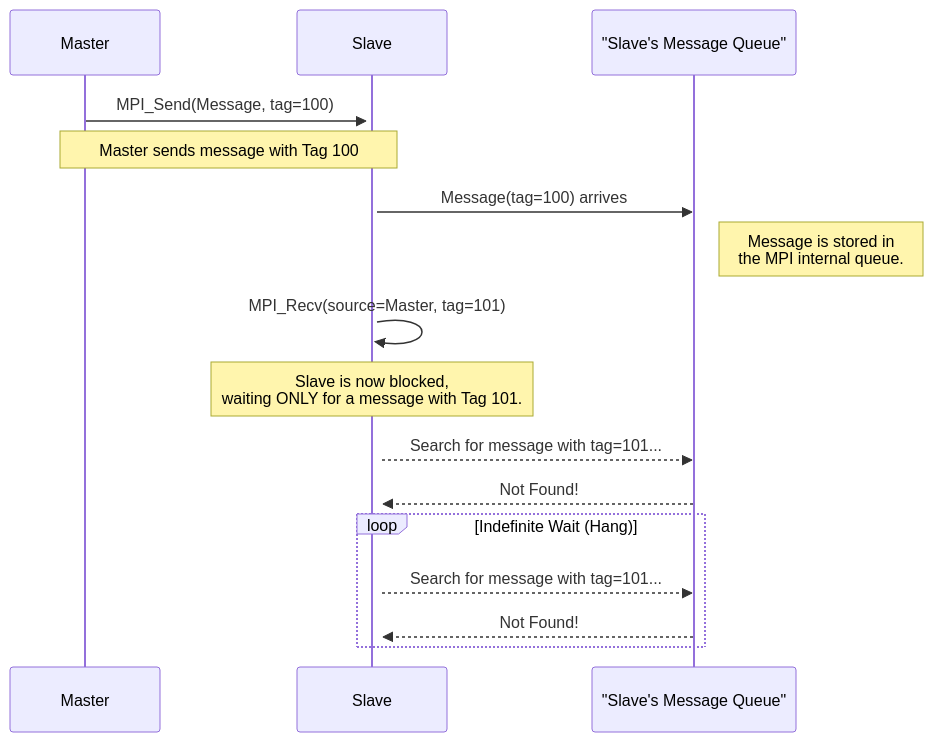
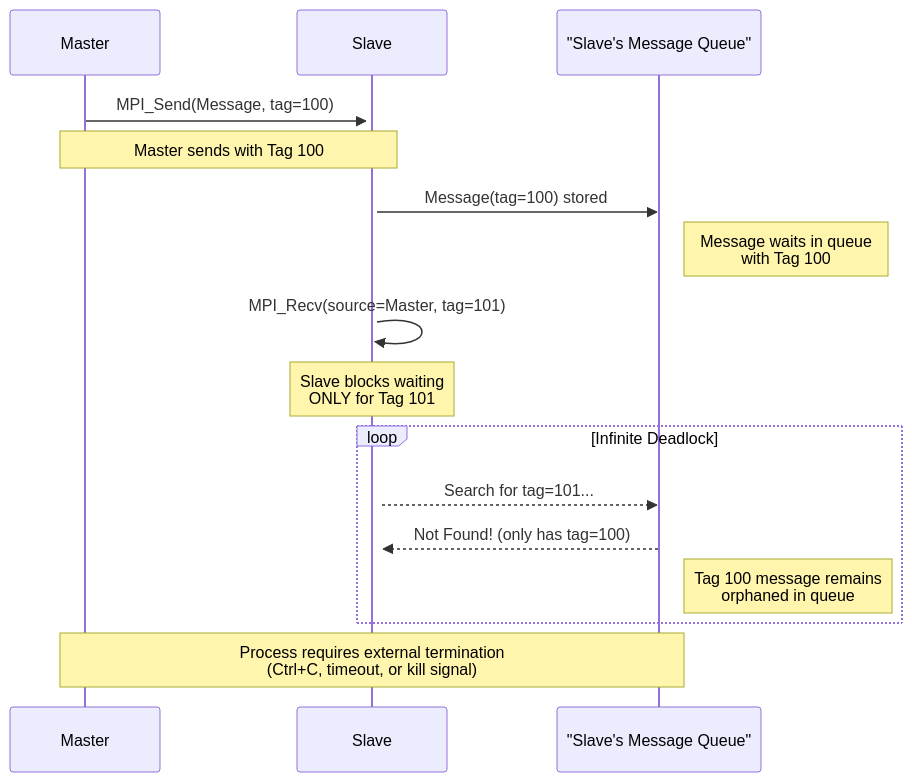
Before and after one commit to matthewloh/6004cem: the seventh of 8 diagrams in 6004CEM_FINAL_SUBMISSION/TASK2B_DISTRIBUTED_PORTFOLIO/DOCUMENTATION/SCREENSHOTS_AND_DIAGRAMS.md, drawn with Mermaid. The commit also changed other lines of this file and 1 other file, not shown here.

````diff
--- a/6004CEM_FINAL_SUBMISSION/TASK2B_DISTRIBUTED_PORTFOLIO/DOCUMENTATION/SCREENSHOTS_AND_DIAGRAMS.md
+++ b/6004CEM_FINAL_SUBMISSION/TASK2B_DISTRIBUTED_PORTFOLIO/DOCUMENTATION/SCREENSHOTS_AND_DIAGRAMS.md
@@ -202,23 +209,23 @@
 ```mermaid
 sequenceDiagram
     participant Master
     participant Slave
     participant MPI_Queue as "Slave's Message Queue"
 
     Master->>+Slave: MPI_Send(Message, tag=100)
-    Note over Master,Slave: Master sends message with Tag 100
+    Note over Master,Slave: Master sends with Tag 100
     
-    Slave->>MPI_Queue: Message(tag=100) arrives
-    Note right of MPI_Queue: Message is stored in<br/>the MPI internal queue.
+    Slave->>MPI_Queue: Message(tag=100) stored
+    Note right of MPI_Queue: Message waits in queue<br/>with Tag 100
     
     Slave->>+Slave: MPI_Recv(source=Master, tag=101)
-    Note over Slave: Slave is now blocked,<br/>waiting ONLY for a message with Tag 101.
+    Note over Slave: Slave blocks waiting<br/>ONLY for Tag 101
     
-    Slave-->>MPI_Queue: Search for message with tag=101...
-    MPI_Queue-->>Slave: Not Found!
+    loop Infinite Deadlock
+        Slave-->>MPI_Queue: Search for tag=101...
+        MPI_Queue-->>Slave: Not Found! (only has tag=100)
+        Note right of MPI_Queue: Tag 100 message remains<br/>orphaned in queue
+    end
     
-    loop Indefinite Wait (Hang)
-        Slave-->>MPI_Queue: Search for message with tag=101...
-        MPI_Queue-->>Slave: Not Found!
-    end
+    Note over Master,MPI_Queue: Process requires external termination<br/>(Ctrl+C, timeout, or kill signal)
 ```
````
